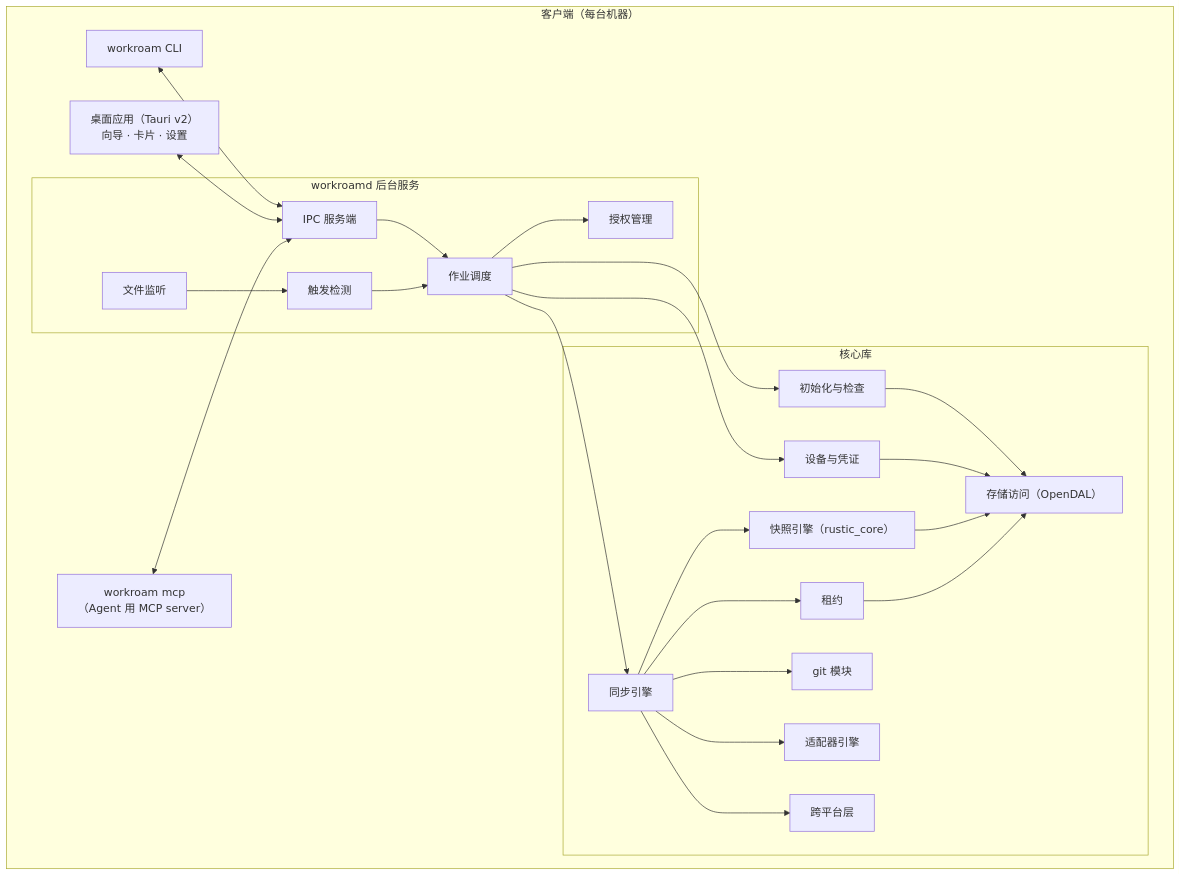
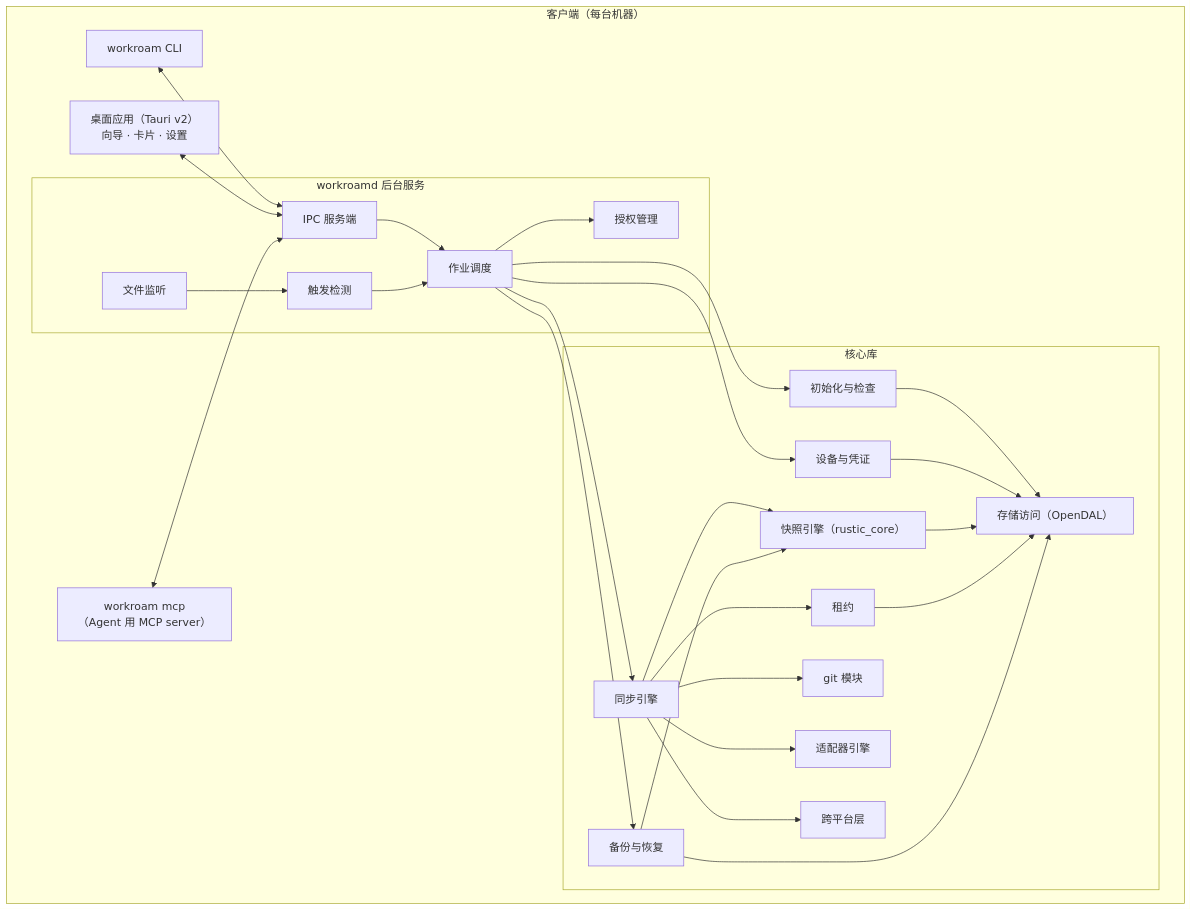
Before and after one commit to kverona-ai/workroam: the second of 12 diagrams in docs/architecture.md, drawn with Mermaid. The commit also changed other lines of this file and 8 other files, not shown here.

````diff
--- a/docs/architecture.md
+++ b/docs/architecture.md
@@ -88,38 +89,41 @@
 ```mermaid
 flowchart TB
     subgraph Client["客户端（每台机器）"]
         CLI["workroam CLI"]
         App["桌面应用（Tauri v2）<br/>向导 · 卡片 · 设置"]
         MCP["workroam mcp<br/>（Agent 用 MCP server）"]
         subgraph D["workroamd 后台服务"]
             API["IPC 服务端"]
             Jobs["作业调度"]
             Trig["触发检测"]
             Watch["文件监听"]
             Appr["授权管理"]
         end
         subgraph Core["核心库"]
             Setup["初始化与检查"]
             Dev["设备与凭证"]
             Engine["同步引擎"]
             Snap["快照引擎（rustic_core）"]
             Lease["租约"]
             Git["git 模块"]
             Adpt["适配器引擎"]
             XP["跨平台层"]
             Store["存储访问（OpenDAL）"]
+            Bak["备份与恢复"]
         end
     end
     CLI <--> API
     App <--> API
     MCP <--> API
     API --> Jobs
     Watch --> Trig --> Jobs
     Jobs --> Appr
-    Jobs --> Setup & Dev & Engine
+    Jobs --> Setup & Dev & Engine & Bak
     Engine --> Snap & Lease & Git & Adpt & XP
+    Bak --> Snap
     Setup --> Store
     Dev --> Store
     Snap --> Store
     Lease --> Store
+    Bak --> Store
 ```
````
